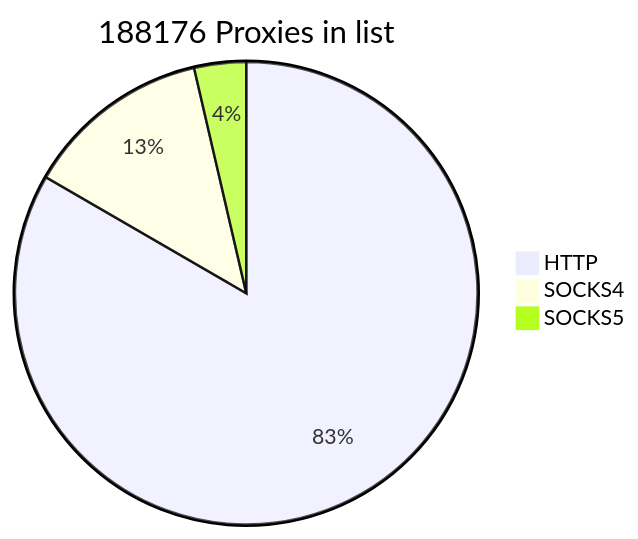
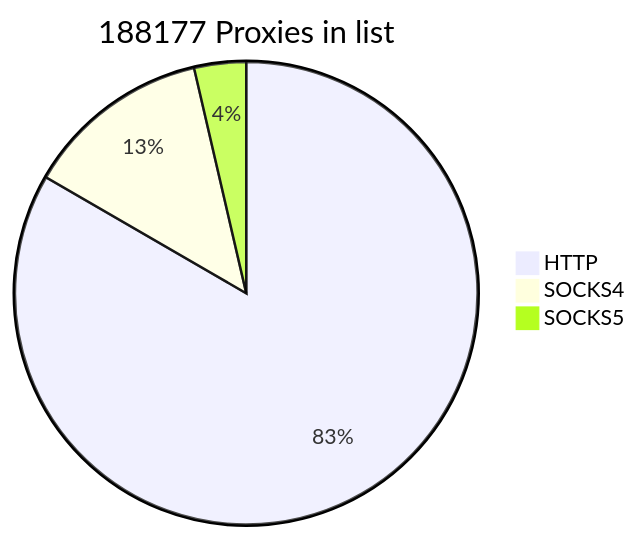
The first of 2 diagrams in README.md (cutipu/proxylist), drawn with Mermaid before and after one commit. The commit also changed other lines of this file, not shown here.

````diff
--- a/README.md
+++ b/README.md
@@ -2,7 +2,7 @@
 ```mermaid
-pie title 188176 Proxies in list
+pie title 188177 Proxies in list
     "HTTP" : 156850
-    "SOCKS4" : 24507
-    "SOCKS5" : 6819
+    "SOCKS4" : 24506
+    "SOCKS5" : 6821
             
 ```
````
